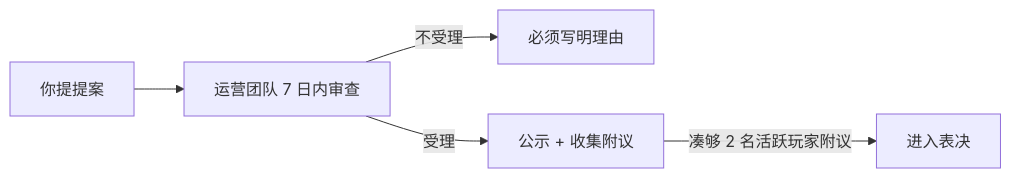
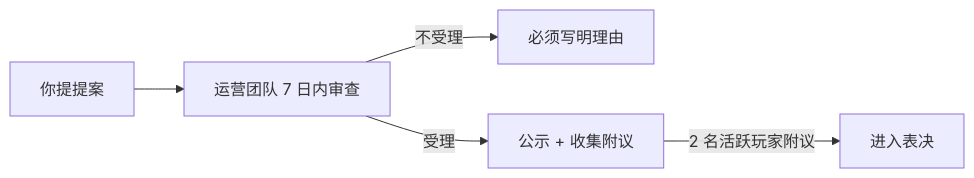
The second of 2 diagrams in 规则/清屿服务器玩家身份与治理条例.md (MCQingYu-Team/QingYu-docs), drawn with Mermaid before and after one commit. The commit also changed other lines of this file and 6 other files, not shown here.

````diff
--- a/规则/清屿服务器玩家身份与治理条例.md
+++ b/规则/清屿服务器玩家身份与治理条例.md
@@ -100,7 +141,7 @@
 ```mermaid
 flowchart LR
     A["你提提案"] --> B["运营团队 7 日内审查"]
     B -->|不受理| C["必须写明理由"]
     B -->|受理| D["公示 + 收集附议"]
-    D -->|凑够 2 名活跃玩家附议| E["进入表决"]
+    D -->|2 名活跃玩家附议| E["进入表决"]
 ```
````
